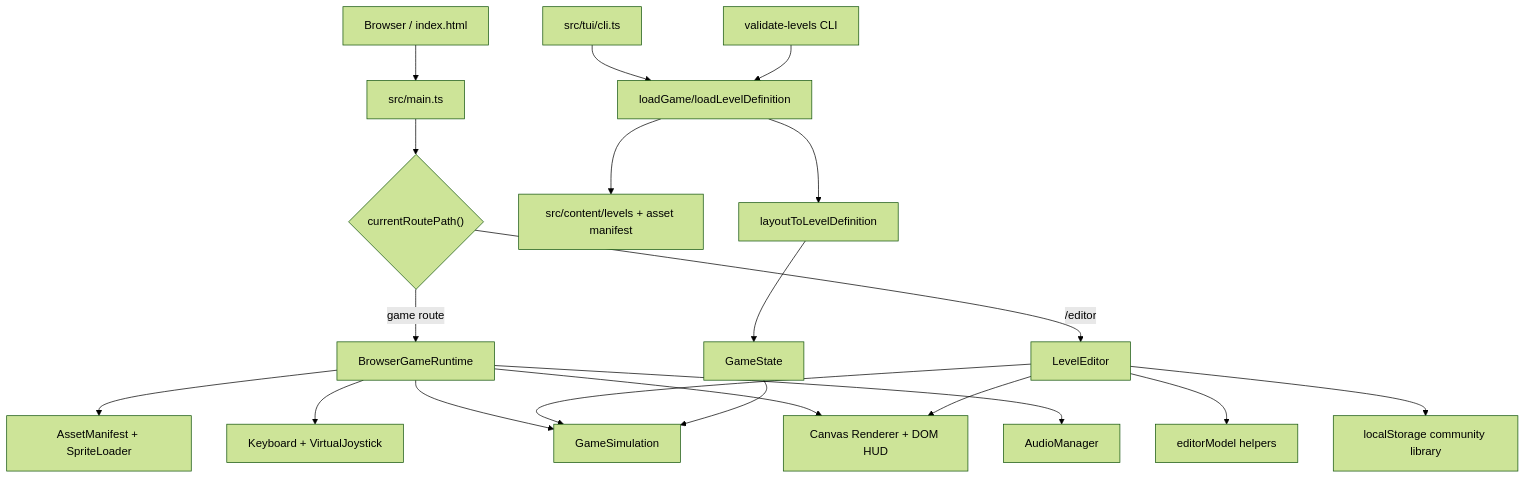
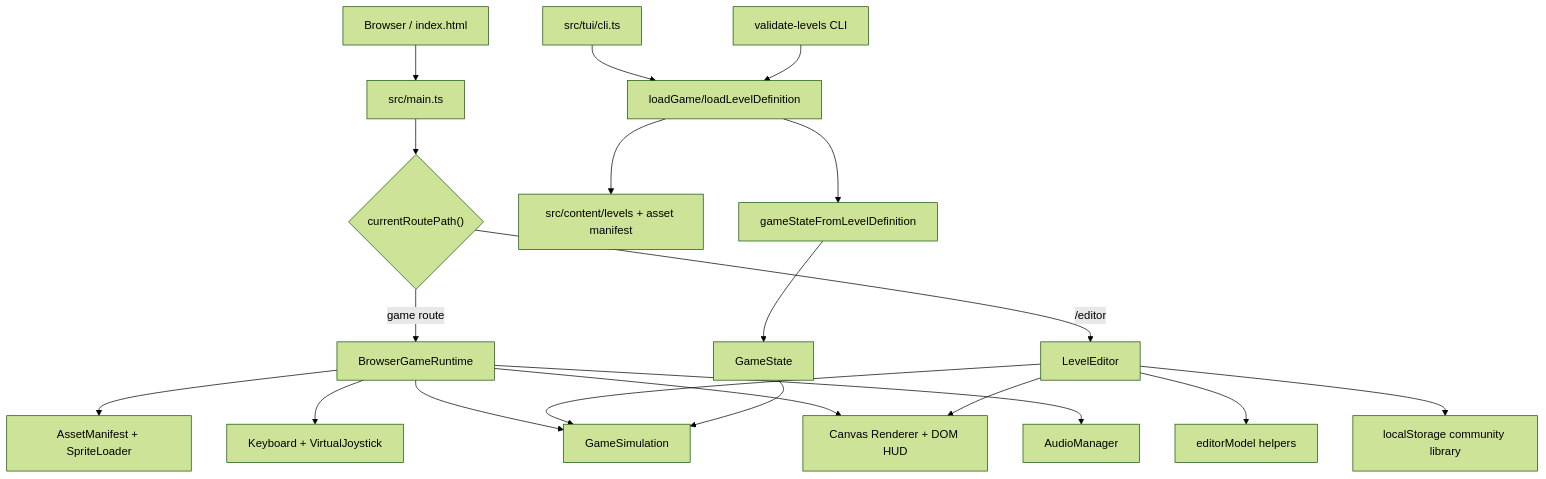
The first of 3 diagrams in docs/architecture.md (bobbygame/bobbygame.github.io), drawn with Mermaid (forest theme) before and after one commit. The commit also changed other lines of this file and 43 other files, not shown here.

````diff
--- a/docs/architecture.md
+++ b/docs/architecture.md
@@ -32,25 +32,25 @@
 ```mermaid
 flowchart TD
   Browser["Browser / index.html"] --> Main["src/main.ts"]
   Main --> Route{"currentRoutePath()"}
   Route -->|game route| Runtime["BrowserGameRuntime"]
   Route -->|/editor| Editor["LevelEditor"]
 
   Runtime --> Assets["AssetManifest + SpriteLoader"]
   Runtime --> Input["Keyboard + VirtualJoystick"]
   Runtime --> Simulation["GameSimulation"]
   Runtime --> Renderer["Canvas Renderer + DOM HUD"]
   Runtime --> Audio["AudioManager"]
 
   Editor --> EditorModel["editorModel helpers"]
   Editor --> CommunityStore["localStorage community library"]
   Editor --> Simulation
   Editor --> Renderer
 
   TUI["src/tui/cli.ts"] --> Loader["loadGame/loadLevelDefinition"]
   Tools["validate-levels CLI"] --> Loader
   Loader --> Content["src/content/levels + asset manifest"]
-  Loader --> Adapter["layoutToLevelDefinition"]
-  Adapter --> State["GameState"]
+  Loader --> StateFactory["gameStateFromLevelDefinition"]
+  StateFactory --> State["GameState"]
   State --> Simulation
 ```
````
